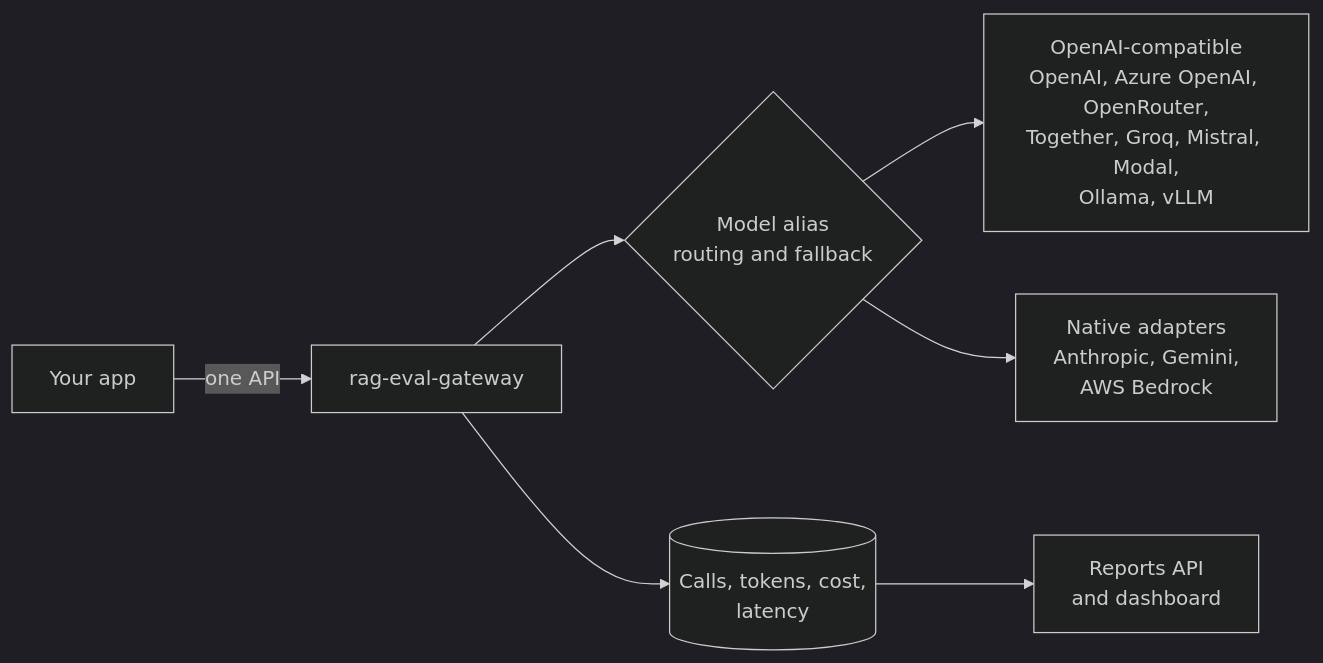
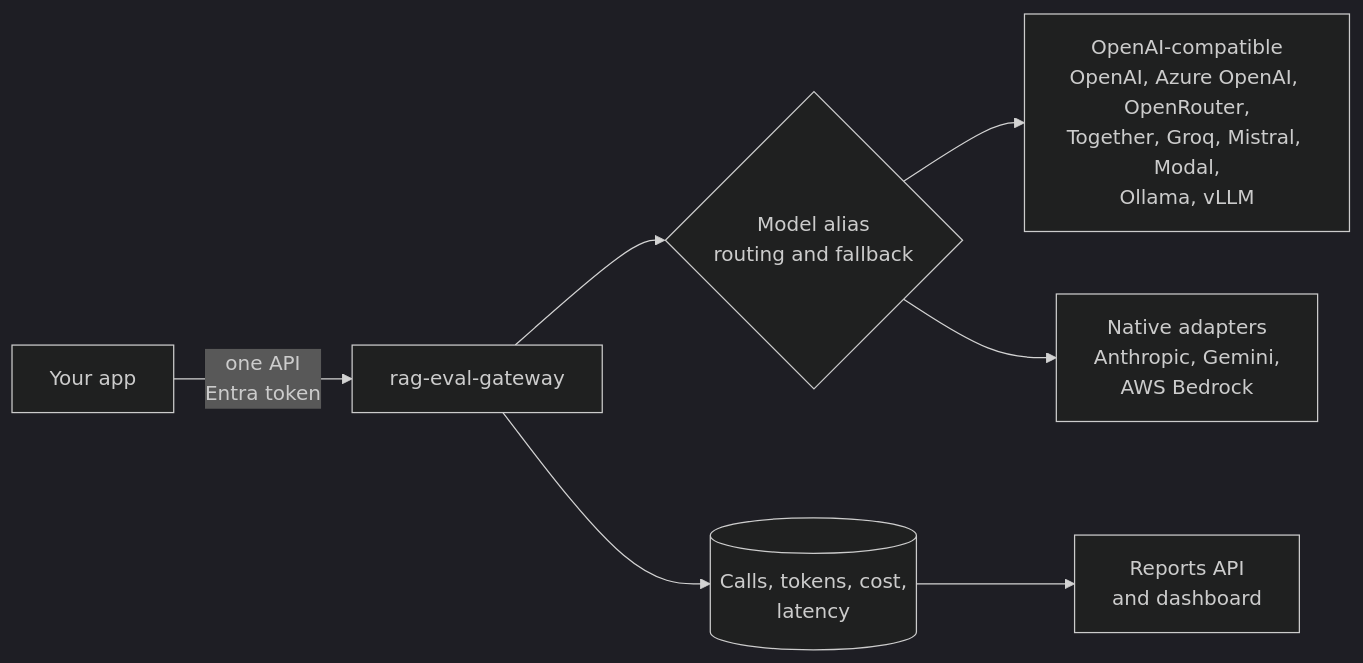
Before and after one commit to rmkr-dev/rag-eval-gateway: the diagram in README.md, drawn with Mermaid (dark theme). The commit also changed other lines of this file and 5 other files, not shown here.

````diff
--- a/README.md
+++ b/README.md
@@ -10,9 +10,9 @@
 ```mermaid
 flowchart LR
-    App[Your app] -->|one API| GW[rag-eval-gateway]
+    App[Your app] -->|one API<br/>Entra token| GW[rag-eval-gateway]
     GW --> R{Model alias<br/>routing and fallback}
     R --> OC[OpenAI-compatible<br/>OpenAI, Azure OpenAI, OpenRouter,<br/>Together, Groq, Mistral, Modal,<br/>Ollama, vLLM]
     R --> N[Native adapters<br/>Anthropic, Gemini,<br/>AWS Bedrock]
     GW --> DB[(Calls, tokens, cost,<br/>latency)]
     DB --> Rep[Reports API<br/>and dashboard]
 ```
````
